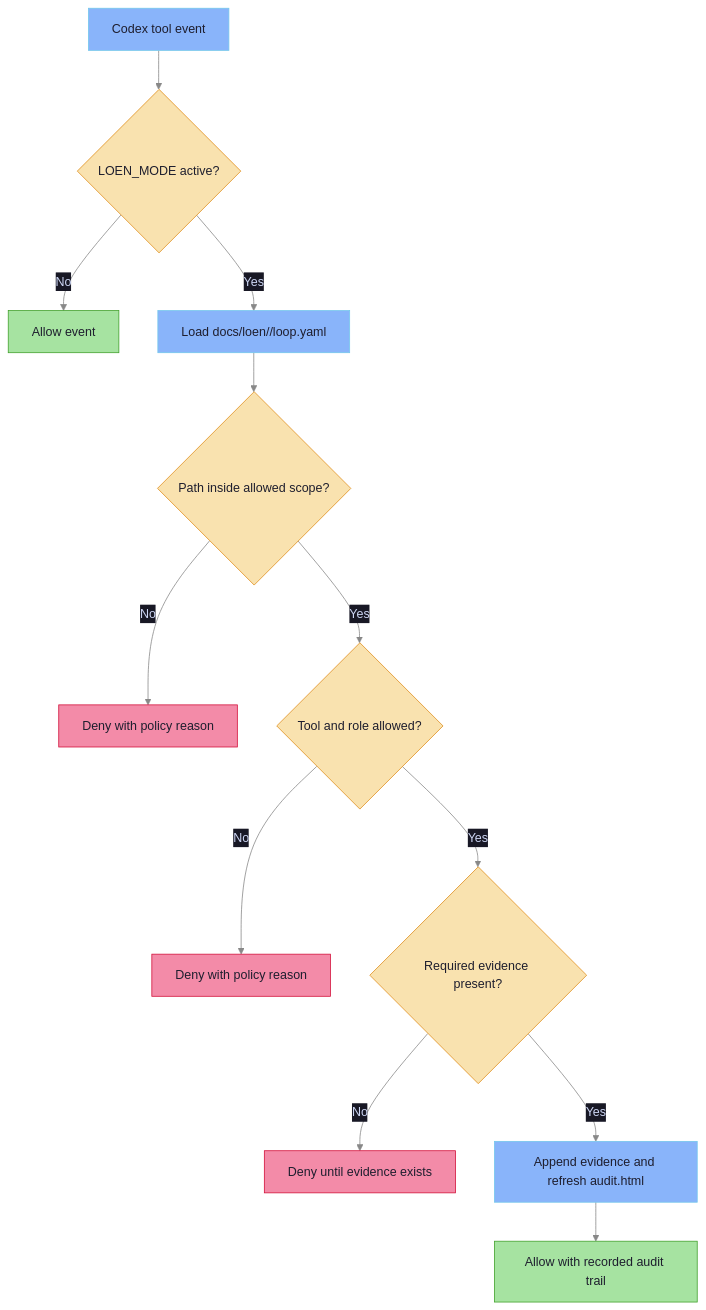
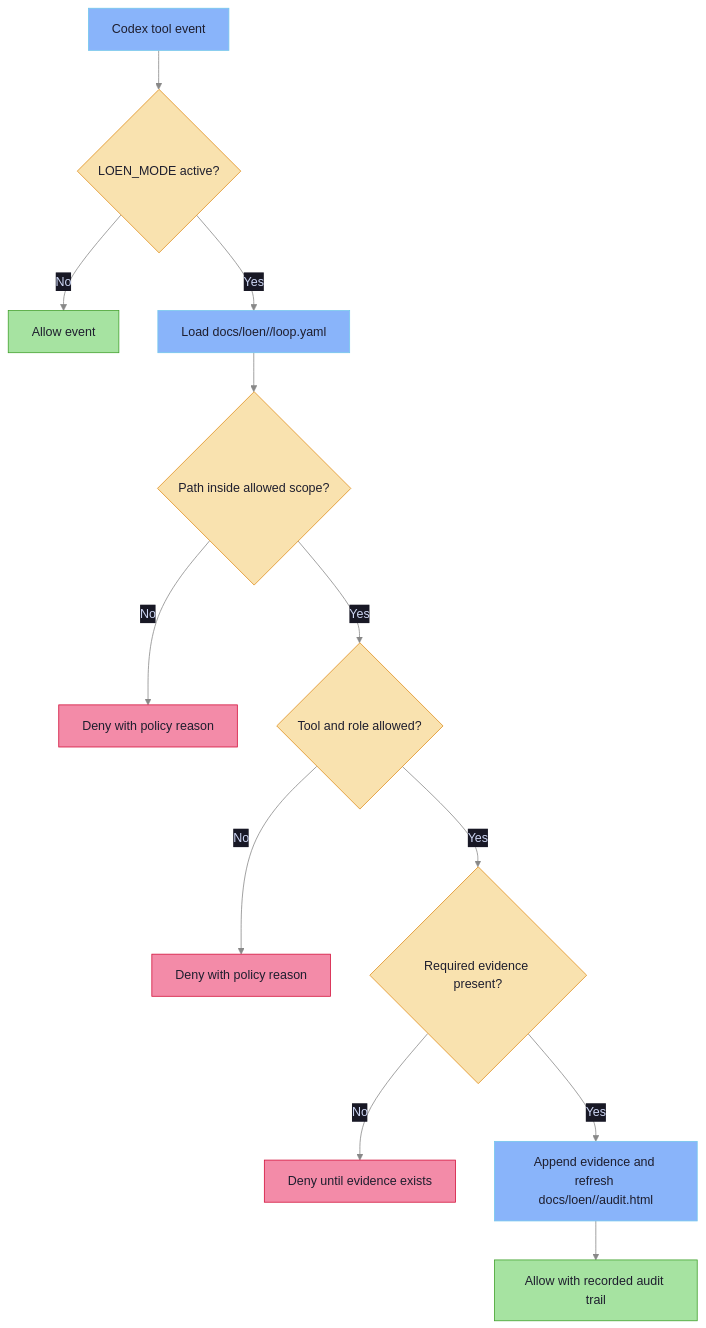
One commit to ikeniborn/icodex changed the second of 3 diagrams in plugins/loen/docs/architecture.md. Above: the diagram before and after it, drawn with Mermaid. The commit also changed other lines of this file and 2 other files, not shown here.

Commit message:
docs(loen): label topic audit artifact

````diff
--- a/plugins/loen/docs/architecture.md
+++ b/plugins/loen/docs/architecture.md
@@ -73,24 +73,24 @@
 ```mermaid
 %%{init: {'theme': 'base', 'themeVariables': {'background': '#1e1e2e', 'primaryColor': '#313244', 'primaryTextColor': '#cdd6f4', 'primaryBorderColor': '#89b4fa', 'lineColor': '#888888', 'secondaryColor': '#181825', 'tertiaryColor': '#45475a'}}}%%
 flowchart TD
     Event["Codex tool event"] --> ModeCheck{"LOEN_MODE active?"}
     ModeCheck -- "No" --> PassThrough["Allow event"]
     ModeCheck -- "Yes" --> TopicLoad["Load docs/loen/<topic>/loop.yaml"]
     TopicLoad --> ScopeCheck{"Path inside allowed scope?"}
     ScopeCheck -- "No" --> DenyScope["Deny with policy reason"]
     ScopeCheck -- "Yes" --> ToolCheck{"Tool and role allowed?"}
     ToolCheck -- "No" --> DenyTool["Deny with policy reason"]
     ToolCheck -- "Yes" --> EvidenceCheck{"Required evidence present?"}
     EvidenceCheck -- "No" --> DenyEvidence["Deny until evidence exists"]
-    EvidenceCheck -- "Yes" --> AuditUpdate["Append evidence and refresh audit.html"]
+    EvidenceCheck -- "Yes" --> AuditUpdate["Append evidence and refresh docs/loen/<topic>/audit.html"]
     AuditUpdate --> PassWithRecord["Allow with recorded audit trail"]
 
     classDef decision fill:#f9e2af,color:#1e1e2e,stroke:#df8e1d
     classDef allow fill:#a6e3a1,color:#1e1e2e,stroke:#40a02b
     classDef deny fill:#f38ba8,color:#1e1e2e,stroke:#d20f39
     classDef action fill:#89b4fa,color:#1e1e2e,stroke:#74c7ec
     class ModeCheck,ScopeCheck,ToolCheck,EvidenceCheck decision
     class PassThrough,PassWithRecord allow
     class DenyScope,DenyTool,DenyEvidence deny
     class Event,TopicLoad,AuditUpdate action
 ```
````
